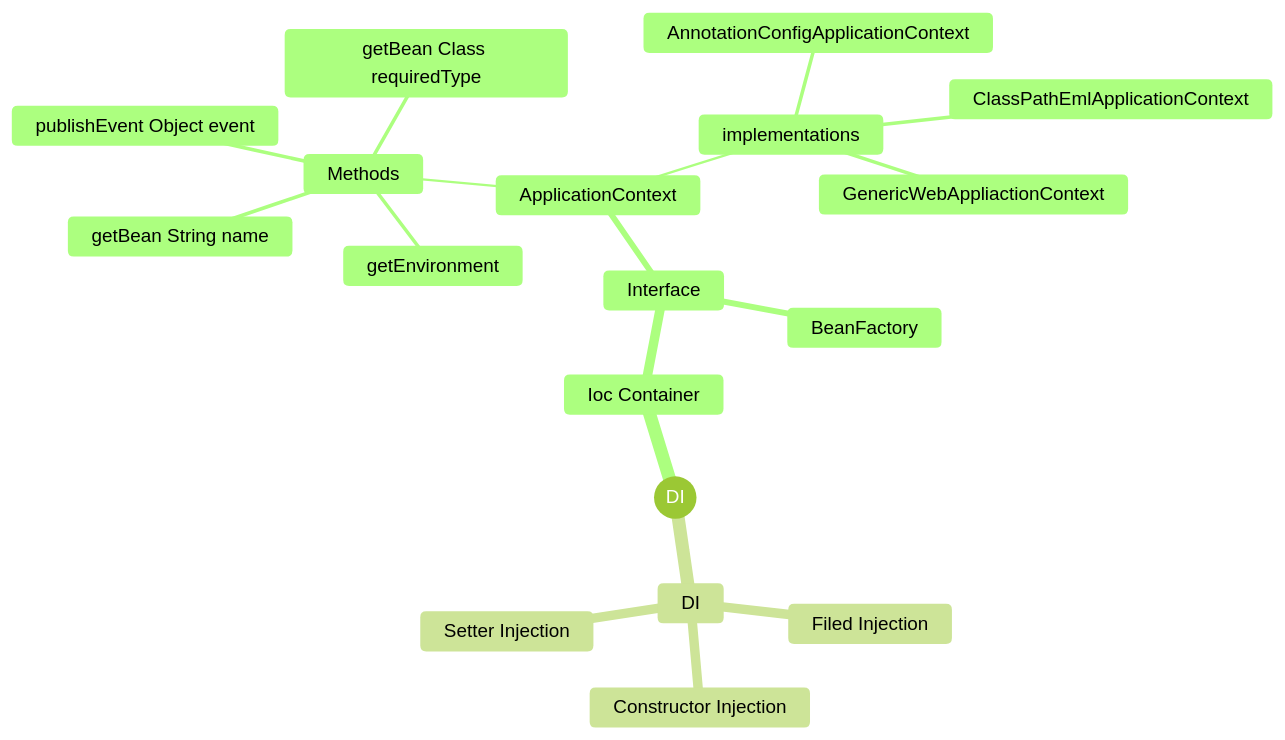
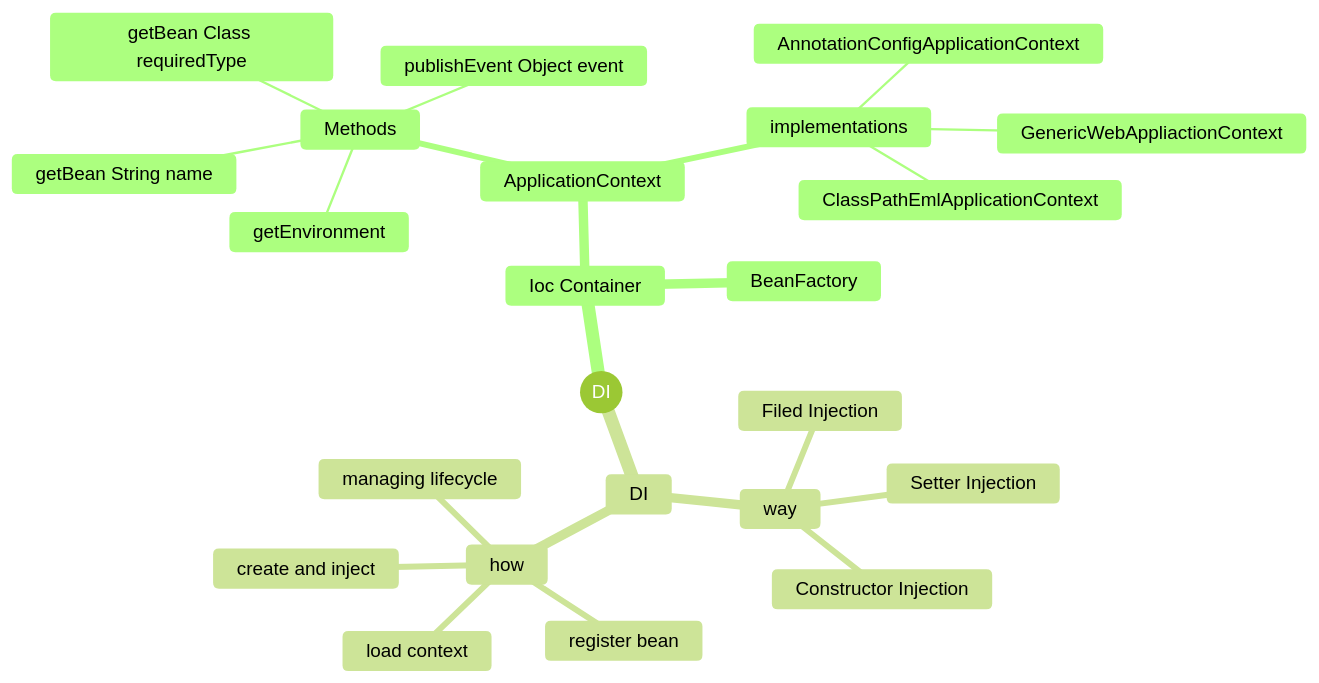
Before and after one commit to akiraei/study: the diagram in 스프링과 DI/스프링과 DI Map.md, drawn with Mermaid. The commit also changed 1 other file, not shown here.

Commit message:
vault backup: 2024-12-05 14:59:26

````diff
--- a/스프링과 DI/스프링과 DI Map.md
+++ b/스프링과 DI/스프링과 DI Map.md
@@ -1,25 +1,27 @@
 ```mermaid
 %%{init: {'theme': 'forest'}}%%
 mindmap
   root((DI))
 	  Ioc Container
-		  Interface
-			  ApplicationContext
-				  Methods
-					  getBean String name
-					  getBean Class<T> requiredType
-					  publishEvent Object event
-					  getEnvironment
-				  implementations
-					  AnnotationConfigApplicationContext
-					  ClassPathEmlApplicationContext
-					  GenericWebAppliactionContext
-			  BeanFactory
+		  ApplicationContext
+			  Methods
+				  getBean String name
+				  getBean Class<T> requiredType
+				  publishEvent Object event
+				  getEnvironment
+			  implementations
+				  AnnotationConfigApplicationContext
+				  ClassPathEmlApplicationContext
+				  GenericWebAppliactionContext
+		  BeanFactory
 	  DI
-		  Filed Injection
-		  Constructor Injection
-		  Setter Injection
-	  
-	
-	  
+		  way
+			  Filed Injection
+			  Constructor Injection
+			  Setter Injection
+		  how
+			  load context
+			  register bean
+			  create and inject
+			  managing lifecycle
 ```
````
